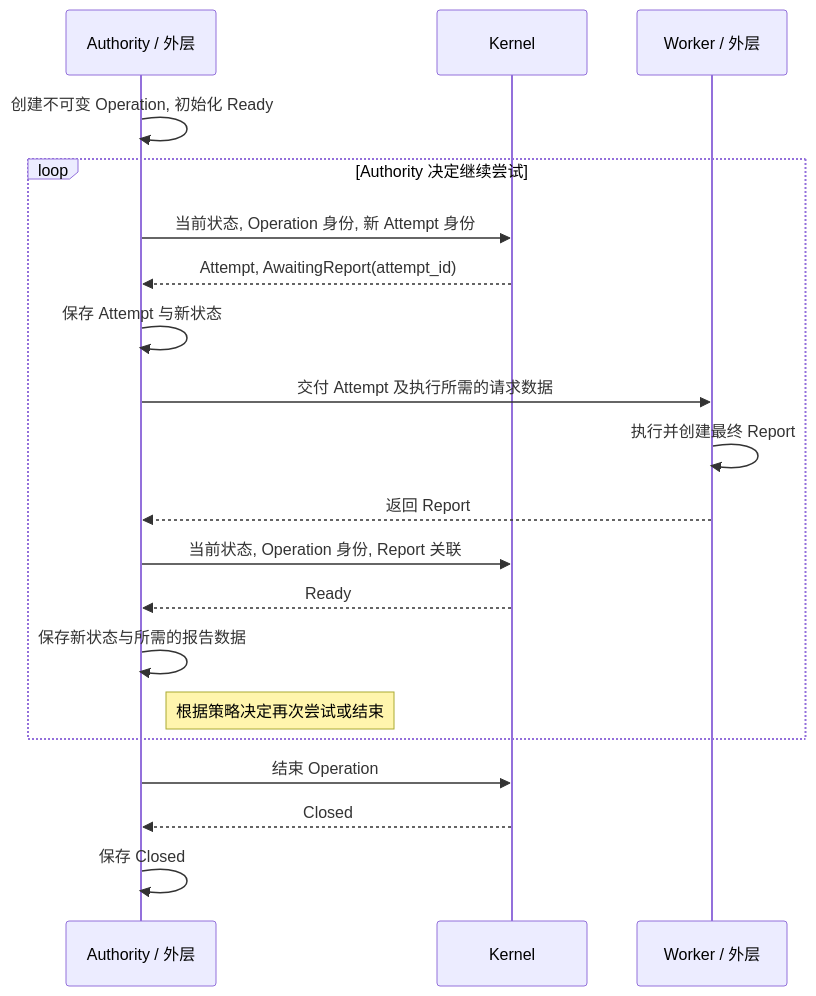
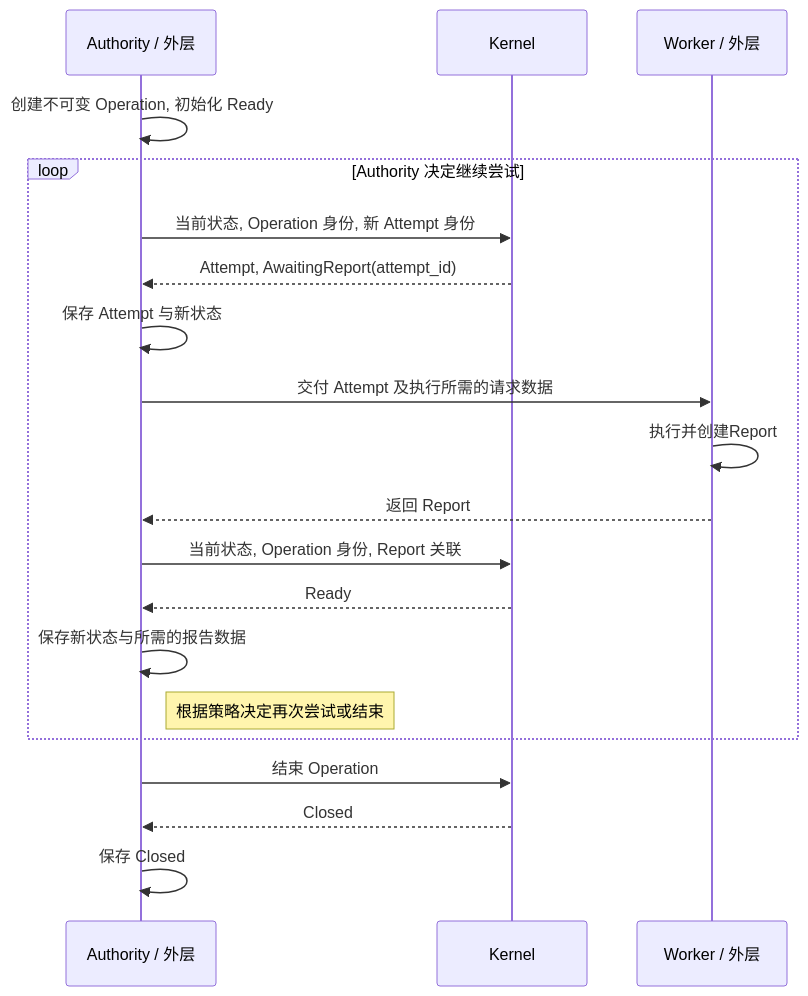
One commit to Everfold/Beamlet changed the second of 2 diagrams in spec/kernel.md. Above: the diagram before and after it, drawn with Mermaid. The commit also changed other lines of this file and 8 other files, not shown here.

````diff
--- a/spec/kernel.md
+++ b/spec/kernel.md
@@ -111,23 +111,23 @@
 ```mermaid
 sequenceDiagram
     participant A as Authority / 外层
     participant K as Kernel
     participant W as Worker / 外层
 
     A->>A: 创建不可变 Operation, 初始化 Ready
     loop Authority 决定继续尝试
         A->>K: 当前状态, Operation 身份, 新 Attempt 身份
         K-->>A: Attempt, AwaitingReport(attempt_id)
         A->>A: 保存 Attempt 与新状态
         A->>W: 交付 Attempt 及执行所需的请求数据
-        W->>W: 执行并创建最终 Report
+        W->>W: 执行并创建Report
         W-->>A: 返回 Report
         A->>K: 当前状态, Operation 身份, Report 关联
         K-->>A: Ready
         A->>A: 保存新状态与所需的报告数据
         Note right of A: 根据策略决定再次尝试或结束
     end
     A->>K: 结束 Operation
     K-->>A: Closed
     A->>A: 保存 Closed
 ```
````
